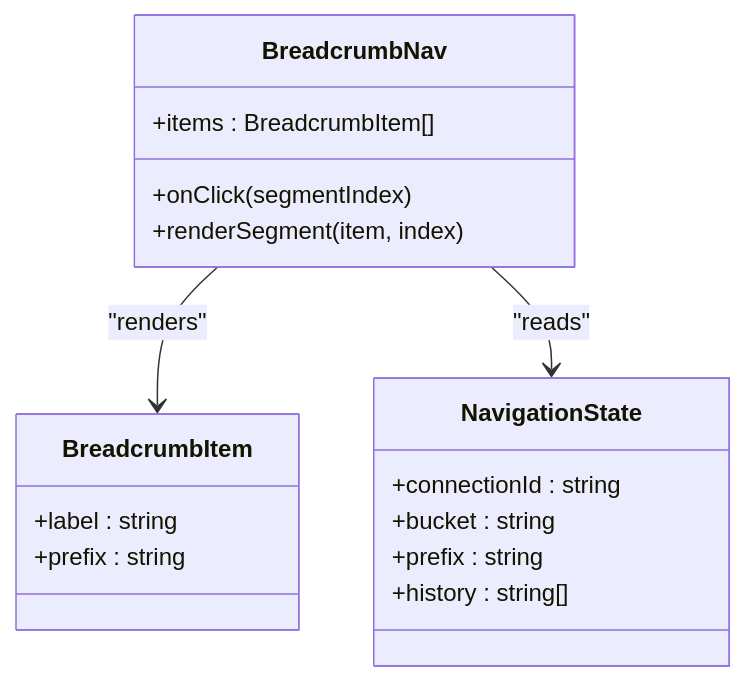
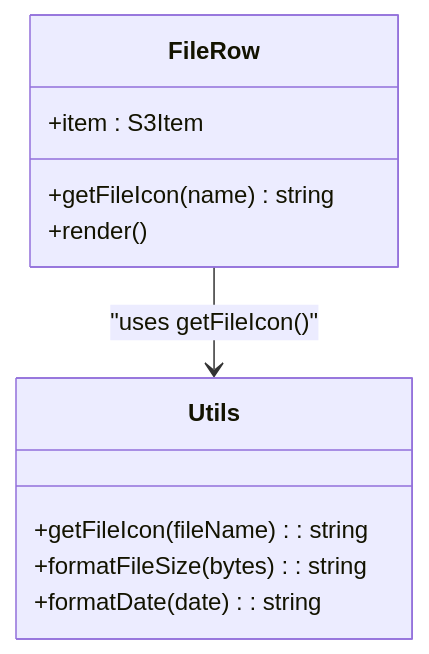
One commit to nasrulhadi/s3-explorer changed the seventh of 11 diagrams in .qoder/repowiki/en/content/Core Features/File Browser Interface.md. Above: the diagram before and after it, drawn with Mermaid. The commit also changed other lines of this file and 46 other files, not shown here.

````diff
--- a/.qoder/repowiki/en/content/Core Features/File Browser Interface.md
+++ b/.qoder/repowiki/en/content/Core Features/File Browser Interface.md
@@ -179,20 +278,14 @@
 ```mermaid
 classDiagram
-class BreadcrumbNav {
-+items : BreadcrumbItem[]
-+onClick(segmentIndex)
-+renderSegment(item, index)
+class FileRow {
++item : S3Item
++getFileIcon(name) string
++render()
 }
-class BreadcrumbItem {
-+label : string
-+prefix : string
+class Utils {
++getFileIcon(fileName) : string
++formatFileSize(bytes) : string
++formatDate(date) : string
 }
-class NavigationState {
-+connectionId : string
-+bucket : string
-+prefix : string
-+history : string[]
-}
-BreadcrumbNav --> BreadcrumbItem : "renders"
-BreadcrumbNav --> NavigationState : "reads"
+FileRow --> Utils : "uses getFileIcon()"
 ```
````
